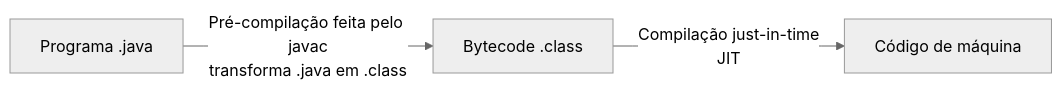
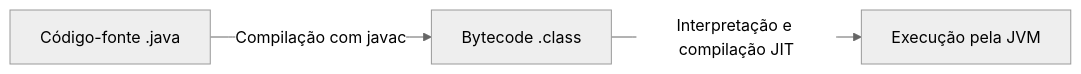
The diagram in docs/java/introducao/introducao.md (lcsgborges/dev-notes), drawn with Mermaid (neutral theme) before and after one commit. The commit also changed other lines of this file and 30 other files, not shown here.

````diff
--- a/docs/java/introducao/introducao.md
+++ b/docs/java/introducao/introducao.md
@@ -18,5 +18,5 @@
 ```mermaid
 flowchart LR
-    A["Programa .java"] -->|Pré-compilação feita pelo javac<br/>transforma .java em .class| B["Bytecode .class"]
-    B -->|Compilação just-in-time<br/>JIT| C["Código de máquina"]
+    A["Código-fonte .java"] -->|Compilação com javac| B["Bytecode .class"]
+    B -->|Interpretação e compilação JIT| C["Execução pela JVM"]
 ```
````
